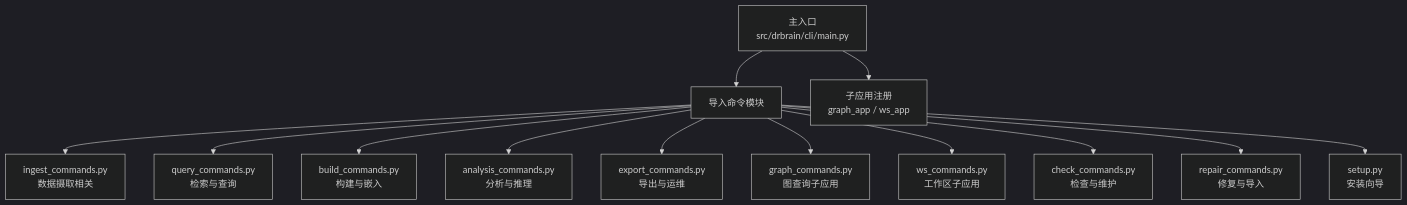
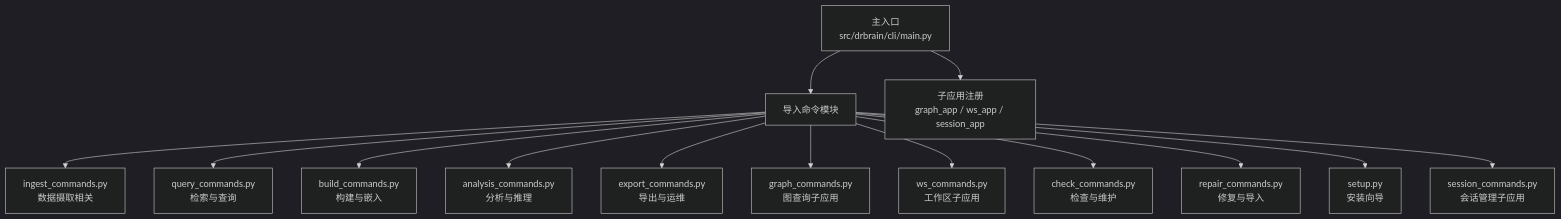
One commit to UynajGI/drbrain changed the first of 3 diagrams in .qoder/repowiki/zh/content/API 参考/CLI 接口/CLI 接口.md. Above: the diagram before and after it, drawn with Mermaid (dark theme). The commit also changed other lines of this file and 6 other files, not shown here.

````diff
--- a/.qoder/repowiki/zh/content/API 参考/CLI 接口/CLI 接口.md
+++ b/.qoder/repowiki/zh/content/API 参考/CLI 接口/CLI 接口.md
@@ -38,15 +41,16 @@
 ```mermaid
 graph TB
 A["主入口<br/>src/drbrain/cli/main.py"] --> B["导入命令模块"]
 B --> C["ingest_commands.py<br/>数据摄取相关"]
 B --> D["query_commands.py<br/>检索与查询"]
 B --> E["build_commands.py<br/>构建与嵌入"]
 B --> F["analysis_commands.py<br/>分析与推理"]
 B --> G["export_commands.py<br/>导出与运维"]
 B --> H["graph_commands.py<br/>图查询子应用"]
 B --> I["ws_commands.py<br/>工作区子应用"]
 B --> J["check_commands.py<br/>检查与维护"]
 B --> K["repair_commands.py<br/>修复与导入"]
 B --> L["setup.py<br/>安装向导"]
-A --> M["子应用注册<br/>graph_app / ws_app"]
+B --> M["session_commands.py<br/>会话管理子应用"]
+A --> N["子应用注册<br/>graph_app / ws_app / session_app"]
 ```
````
